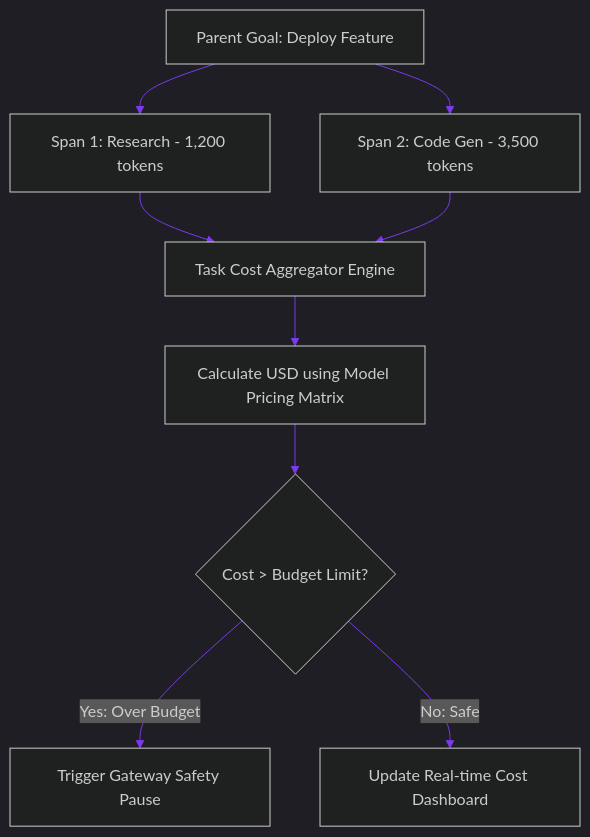
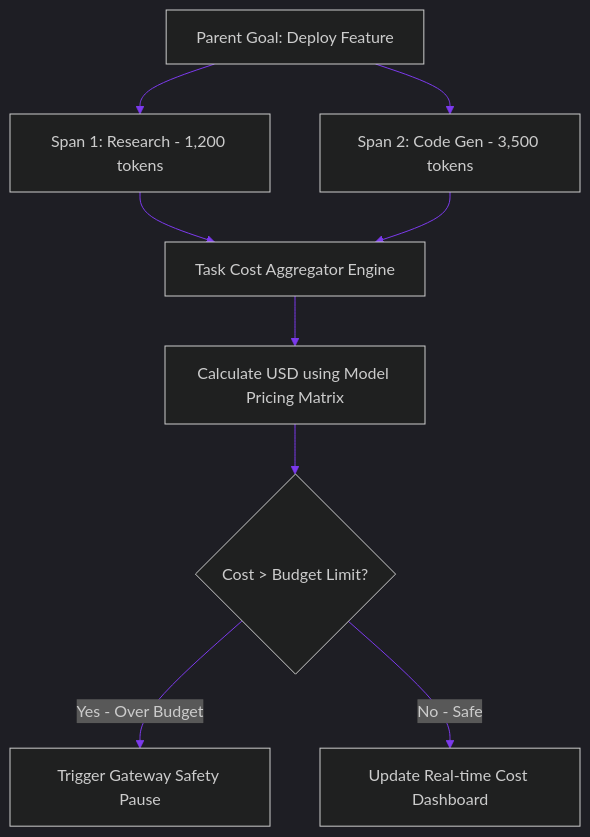
Before and after one commit to akmalkhaniub/akmalkhaniub.github.io: the diagram in blog/posts/telemetry-task-economics-billing-dashboards.md, drawn with Mermaid. The commit also changed 411 other files, not shown here.

````diff
--- a/blog/posts/telemetry-task-economics-billing-dashboards.md
+++ b/blog/posts/telemetry-task-economics-billing-dashboards.md
@@ -16,15 +16,15 @@
 ```mermaid
 %%{init: {'theme': 'dark', 'themeVariables': { 'primaryColor': '#7c3aed', 'primaryTextColor': '#f3f4f6', 'primaryBorderColor': '#a78bfa', 'lineColor': '#7c3aed', 'secondaryColor': '#111827', 'tertiaryColor': '#0b0f19'}}}%%
 flowchart TD
     Parent[Parent Goal: Deploy Feature] --> Span1[Span 1: Research - 1,200 tokens]
     Parent --> Span2[Span 2: Code Gen - 3,500 tokens]
     
     Span1 --> Agg[Task Cost Aggregator Engine]
     Span2 --> Agg
     
     Agg --> Calculate[Calculate USD using Model Pricing Matrix]
     Calculate --> Check{Cost > Budget Limit?}
     
-    Check -->|Yes: Over Budget| Pause[Trigger Gateway Safety Pause]
-    Check -->|No: Safe| Update[Update Real-time Cost Dashboard]
+    Check -->|Yes - Over Budget| Pause[Trigger Gateway Safety Pause]
+    Check -->|No - Safe| Update[Update Real-time Cost Dashboard]
 ```
````
